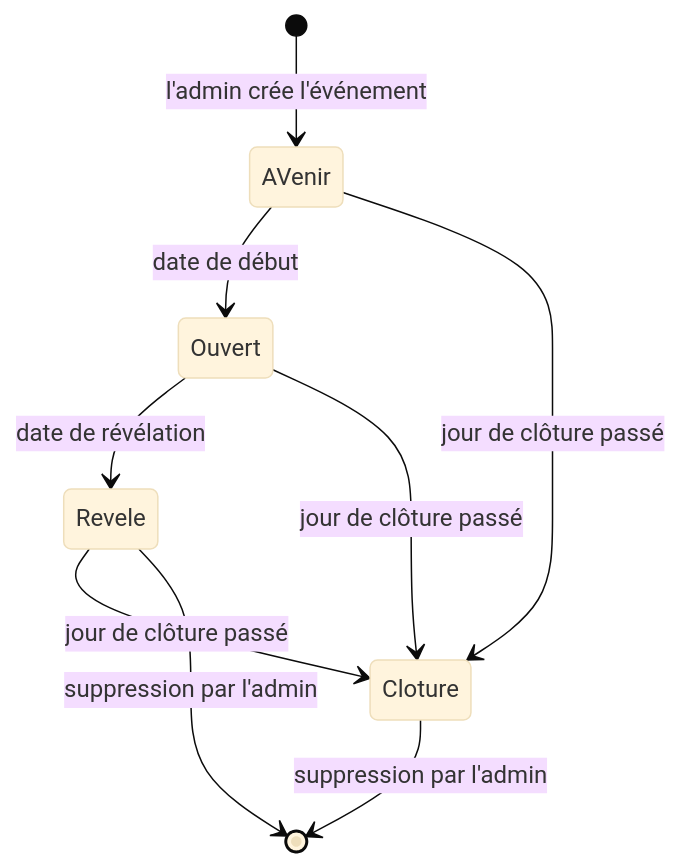
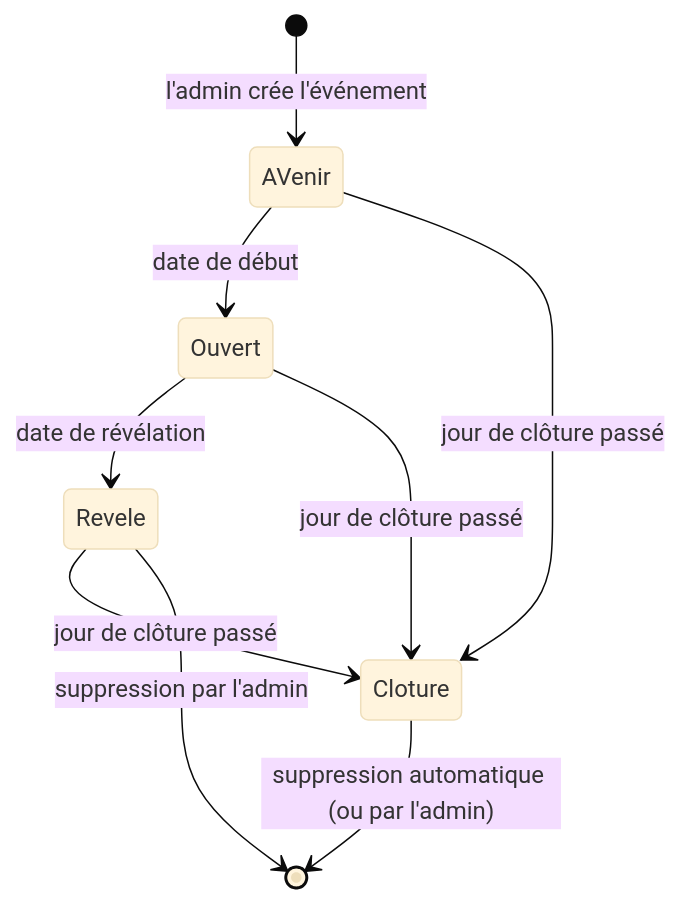
The diagram in README.md (fsvoboda/OuiSnap), drawn with Mermaid (base theme) before and after one commit. The commit also changed other lines of this file and 2 other files, not shown here.

Commit message:
Documente la suppression automatique des albums et des demandes

````diff
--- a/README.md
+++ b/README.md
@@ -22,11 +22,11 @@
 ```mermaid
 stateDiagram-v2
     [*] --> AVenir: l'admin crée l'événement
     AVenir --> Ouvert: date de début
     Ouvert --> Revele: date de révélation
     Revele --> Cloture: jour de clôture passé
     AVenir --> Cloture: jour de clôture passé
     Ouvert --> Cloture: jour de clôture passé
-    Cloture --> [*]: suppression par l'admin
+    Cloture --> [*]: suppression automatique (ou par l'admin)
     Revele --> [*]: suppression par l'admin
 ```
````
